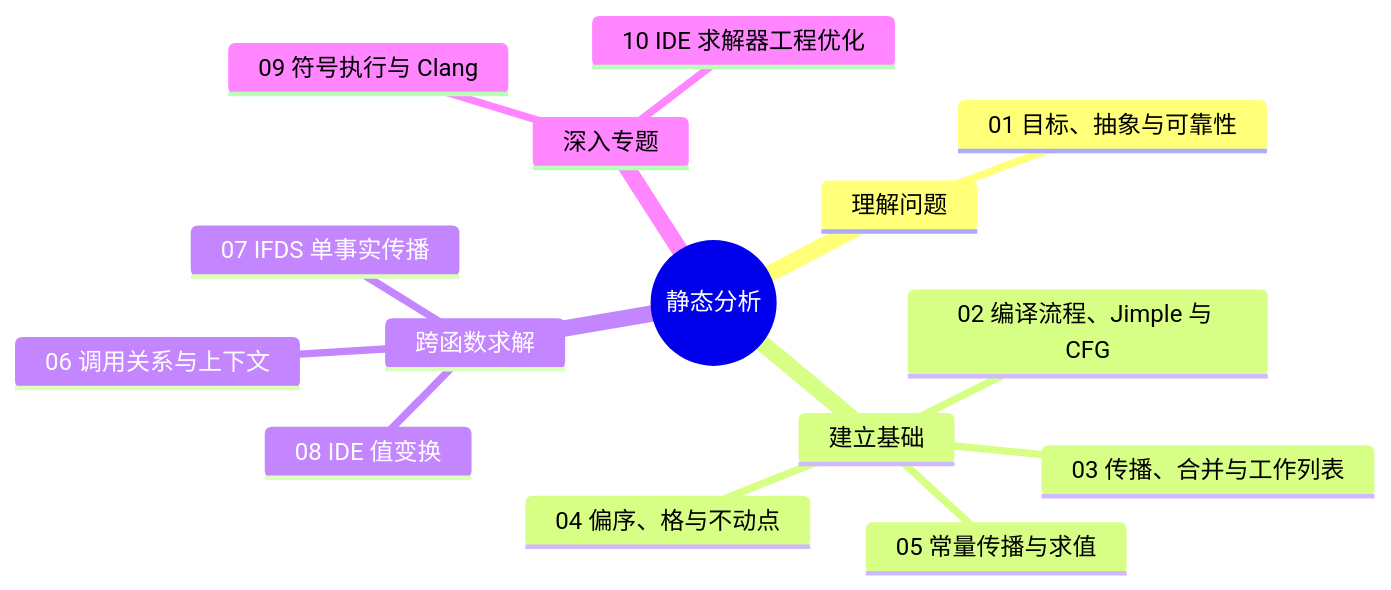
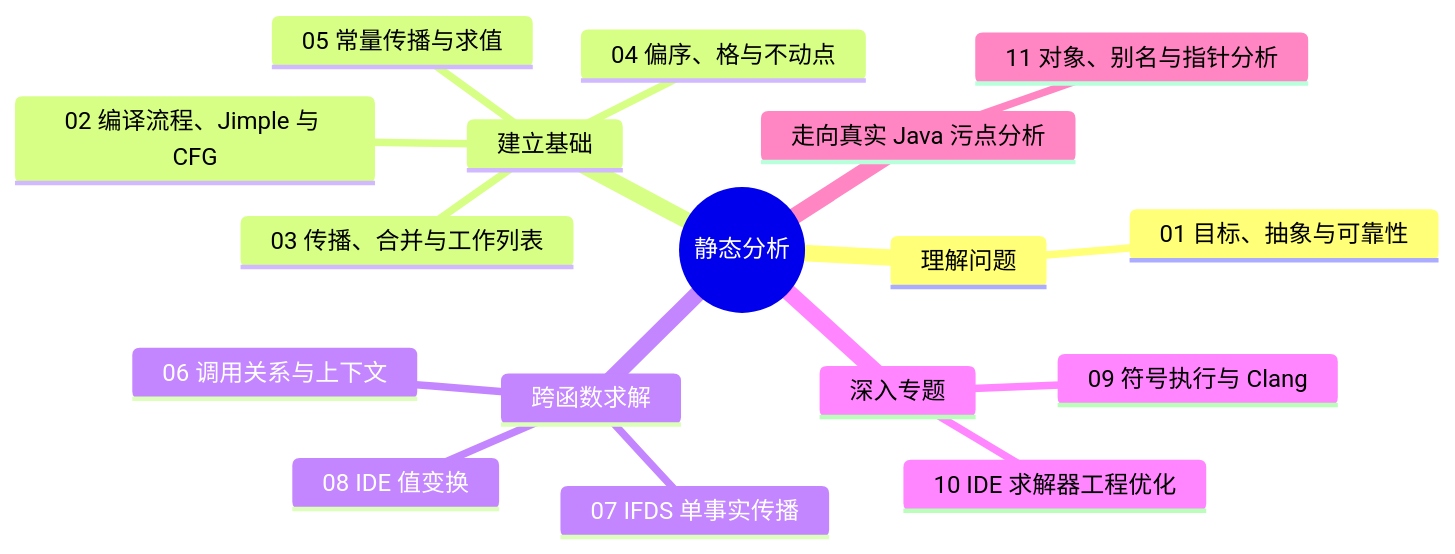
One commit to Scrates1/Scrates1.github.io changed the diagram in src/static-analysis/assets/00-series-1.mmd. Above: the diagram before and after it, drawn with Mermaid. The commit also changed 20 other files, not shown here.

```diff
--- a/src/static-analysis/assets/00-series-1.mmd
+++ b/src/static-analysis/assets/00-series-1.mmd
@@ -1,16 +1,18 @@
 mindmap
   root((静态分析))
     理解问题
       01 目标、抽象与可靠性
     建立基础
       02 编译流程、Jimple 与 CFG
       03 传播、合并与工作列表
       04 偏序、格与不动点
       05 常量传播与求值
     跨函数求解
       06 调用关系与上下文
       07 IFDS 单事实传播
       08 IDE 值变换
     深入专题
       09 符号执行与 Clang
       10 IDE 求解器工程优化
+    走向真实 Java 污点分析
+      11 对象、别名与指针分析
```
